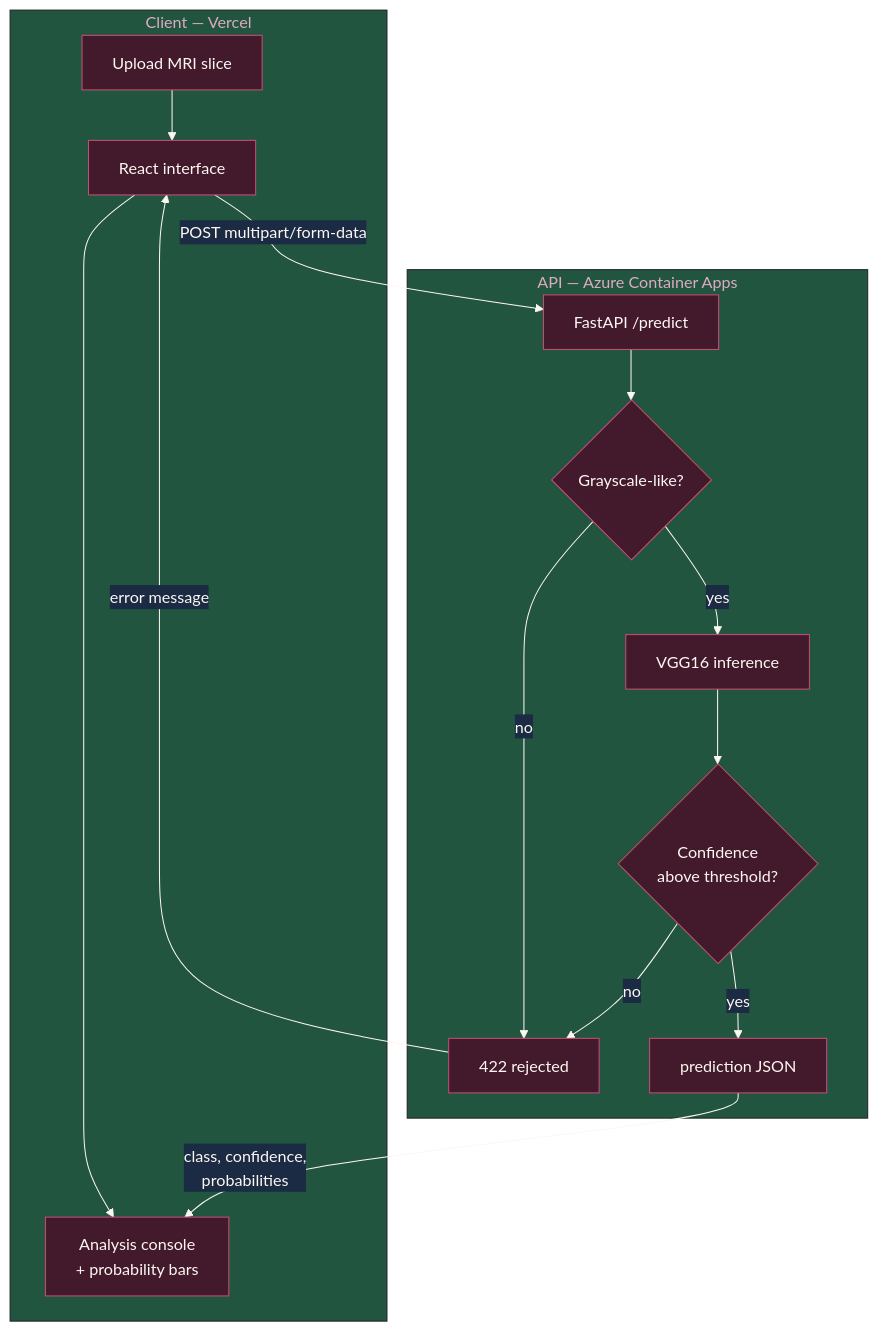
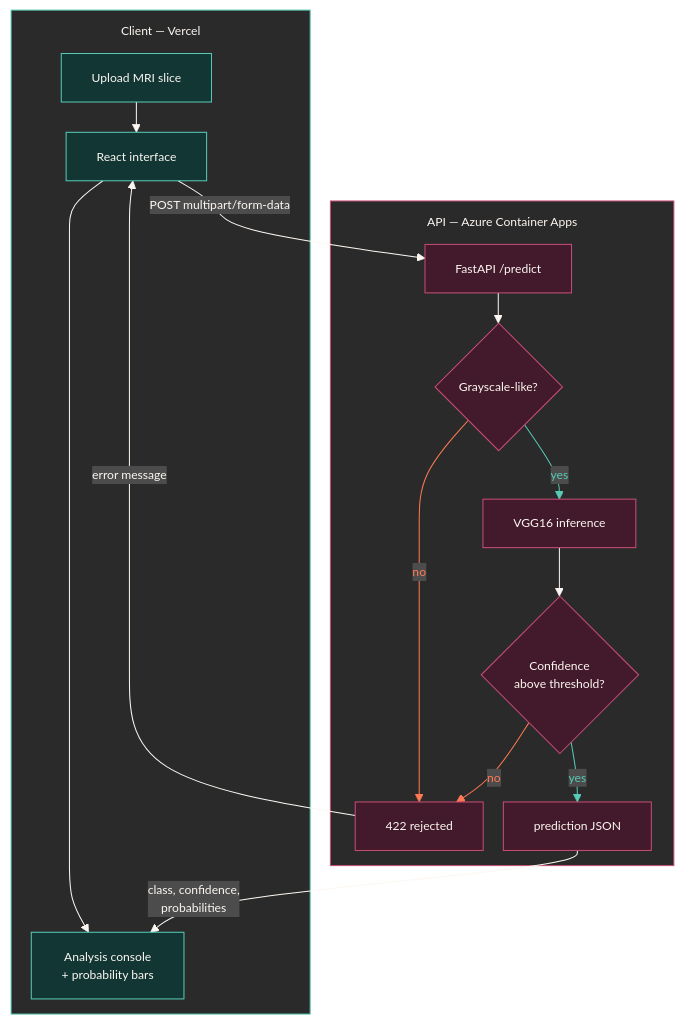
One commit to RenadAlh/TumorSight changed the second of 2 diagrams in README.md. Above: the diagram before and after it, drawn with Mermaid. The commit also changed other lines of this file, not shown here.

````diff
--- a/README.md
+++ b/README.md
@@ -198,31 +158,39 @@
 ```mermaid
-%%{init: {'theme':'base', 'themeVariables': {'background':'#4b5563', 'primaryColor':'#431a2b', 'primaryTextColor':'#fdf7f2', 'primaryBorderColor':'#c94d76', 'lineColor':'#fdf7f2', 'textColor':'#fdf7f2'}}}%%
+%%{init: {'theme':'base', 'themeVariables': {'background':'#4c4c4c', 'primaryColor':'#123634', 'primaryTextColor':'#fdf7f2', 'primaryBorderColor':'#57cbb6', 'lineColor':'#fdf7f2', 'textColor':'#fdf7f2', 'fontSize':'12px', 'edgeLabelBackground':'#4c4c4c'}, 'flowchart': {'nodeSpacing': 20, 'rankSpacing': 30, 'subGraphTitleMargin': {'top': 12, 'bottom': 16}}}}%%
 flowchart TD
     subgraph Browser["Client — Vercel"]
         A1["Upload MRI slice"] --> A2["React interface"]
         A2 --> A3["Analysis console<br/> + probability bars"]
     end
  
     subgraph API["API — Azure Container Apps"]
         B1["FastAPI /predict"] --> B2{"Grayscale-like?"}
         B2 -->|"no"| B3["422 rejected"]
         B2 -->|"yes"| B4["VGG16 inference"]
         B4 --> B5{"Confidence<br/>above threshold?"}
         B5 -->|"no"| B3
         B5 -->|"yes"| B6["prediction JSON"]
     end
  
     A2 -->|"POST multipart/form-data"| B1
     B3 -->|"error message"| A2
     B6 -->|"class, confidence,<br/>probabilities"| A3
  
-    style A1 fill:#431a2b,stroke:#c94d76,color:#fdf7f2
-    style A2 fill:#431a2b,stroke:#c94d76,color:#fdf7f2
-    style A3 fill:#431a2b,stroke:#c94d76,color:#fdf7f2
+    style Browser fill:#2a2a2a,stroke:#57cbb6,color:#fdf7f2
+    style API fill:#2a2a2a,stroke:#c94d76,color:#fdf7f2
+    style A1 fill:#123634,stroke:#57cbb6,color:#fdf7f2
+    style A2 fill:#123634,stroke:#57cbb6,color:#fdf7f2
+    style A3 fill:#123634,stroke:#57cbb6,color:#fdf7f2
     style B1 fill:#431a2b,stroke:#c94d76,color:#fdf7f2
     style B2 fill:#431a2b,stroke:#c94d76,color:#fdf7f2
     style B3 fill:#431a2b,stroke:#c94d76,color:#fdf7f2
     style B4 fill:#431a2b,stroke:#c94d76,color:#fdf7f2
     style B5 fill:#431a2b,stroke:#c94d76,color:#fdf7f2
     style B6 fill:#431a2b,stroke:#c94d76,color:#fdf7f2
+ 
+    linkStyle default stroke-width:1px;
+    linkStyle 3 stroke:#ff7a54,color:#ff7a54,stroke-width:1px;
+    linkStyle 4 stroke:#57cbb6,color:#57cbb6,stroke-width:1px;
+    linkStyle 6 stroke:#ff7a54,color:#ff7a54,stroke-width:1px;
+    linkStyle 7 stroke:#57cbb6,color:#57cbb6,stroke-width:1px;
 ```
````
